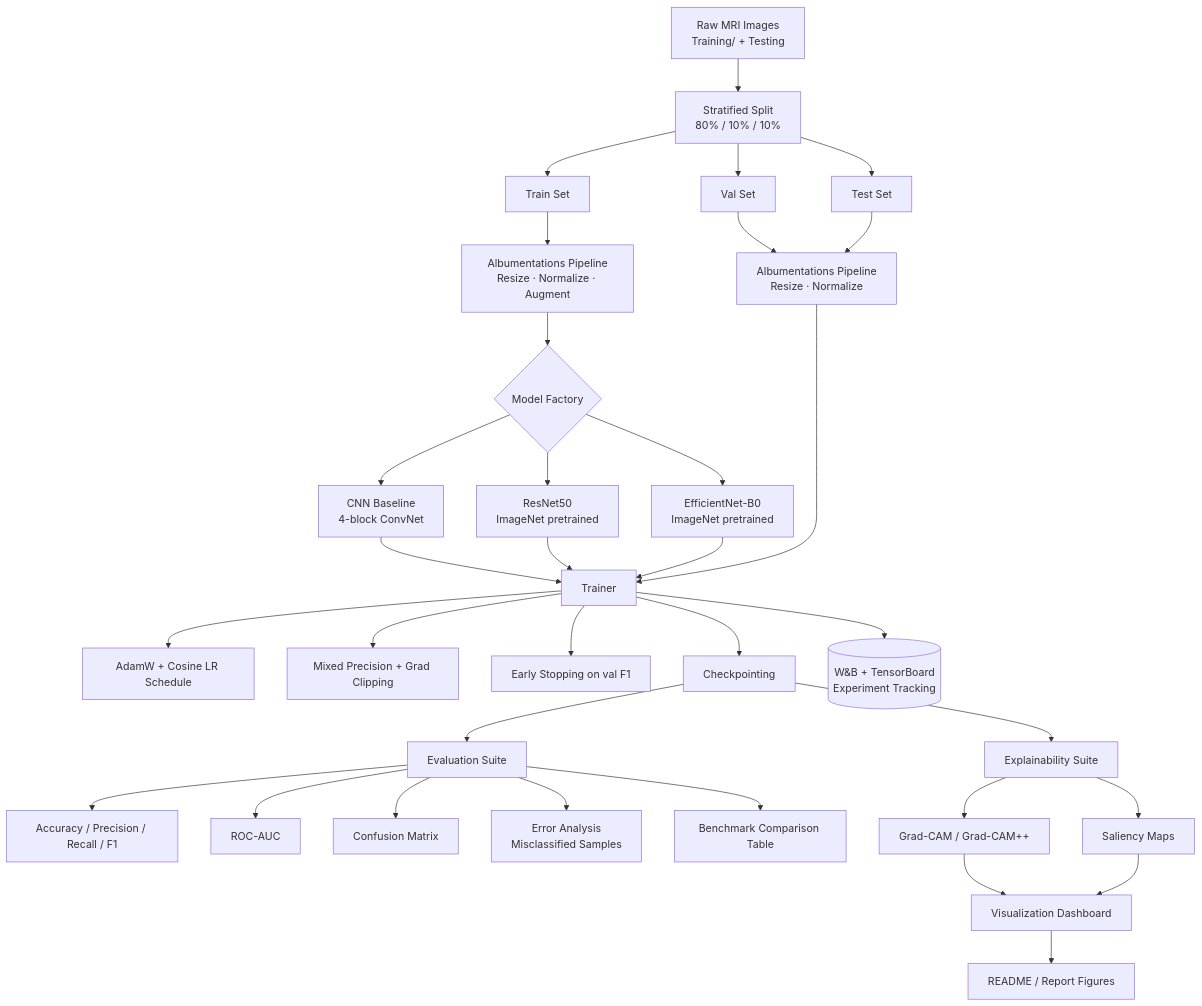
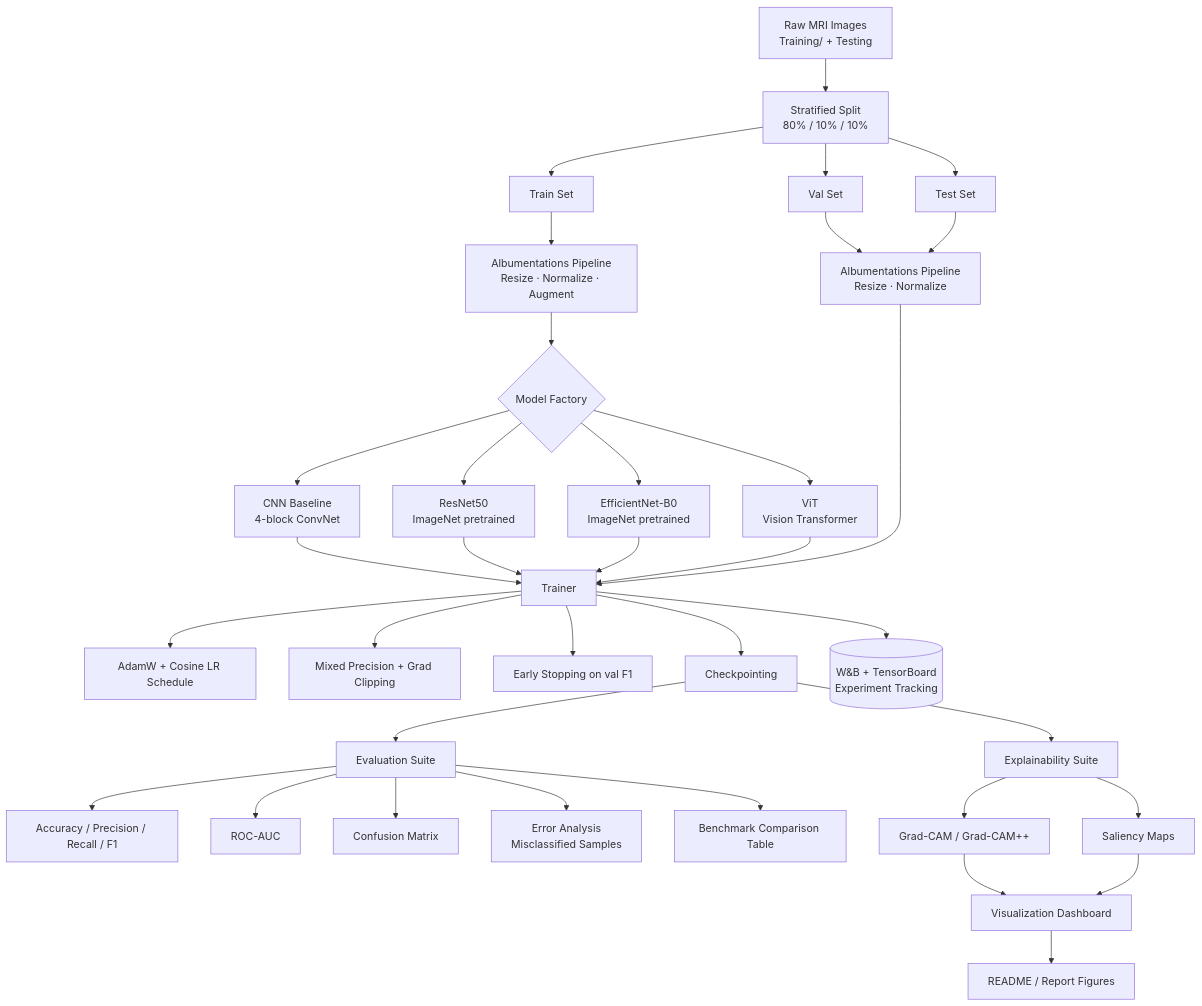
Before and after one commit to shuvopodder/brain_tumor_mri_classification: the diagram in README.md, drawn with Mermaid.

````diff
--- a/README.md
+++ b/README.md
@@ -68,42 +68,44 @@
 ```mermaid
 flowchart TD
     A[Raw MRI Images<br/>Training/ + Testing] --> B[Stratified Split<br/>80% / 10% / 10%]
     B --> C1[Train Set]
     B --> C2[Val Set]
     B --> C3[Test Set]
 
     C1 --> D[Albumentations Pipeline<br/>Resize · Normalize · Augment]
     C2 --> E[Albumentations Pipeline<br/>Resize · Normalize]
     C3 --> E
 
     D --> F{Model Factory}
     F --> G1[CNN Baseline<br/>4-block ConvNet]
     F --> G2[ResNet50<br/>ImageNet pretrained]
     F --> G3[EfficientNet-B0<br/>ImageNet pretrained]
+    F --> G4[ViT<br/>Vision Transformer]
 
     G1 --> H[Trainer]
     G2 --> H
     G3 --> H
+    G4 --> H
     E --> H
 
     H --> H1[AdamW + Cosine LR Schedule]
     H --> H2[Mixed Precision + Grad Clipping]
     H --> H3[Early Stopping on val F1]
     H --> H4[Checkpointing]
     H --> I[(W&B + TensorBoard<br/>Experiment Tracking)]
 
     H4 --> J[Evaluation Suite]
     J --> J1[Accuracy / Precision / Recall / F1]
     J --> J2[ROC-AUC]
     J --> J3[Confusion Matrix]
     J --> J4[Error Analysis<br/>Misclassified Samples]
 
     H4 --> K[Explainability Suite]
     K --> K1[Grad-CAM / Grad-CAM++]
     K --> K2[Saliency Maps]
     K1 --> L[Visualization Dashboard]
     K2 --> L
 
     J --> M[Benchmark Comparison Table]
     L --> N[README / Report Figures]
 ```
````
